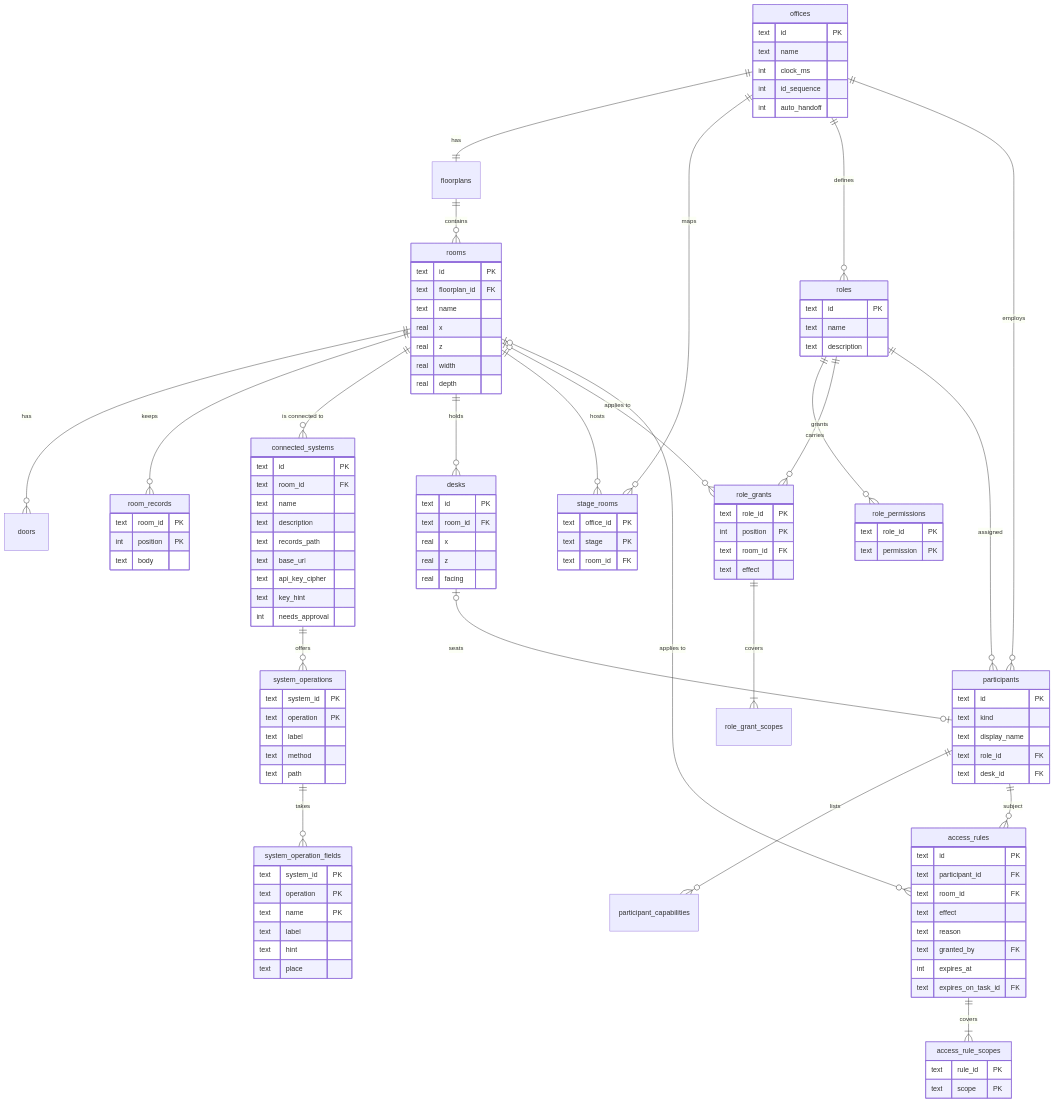
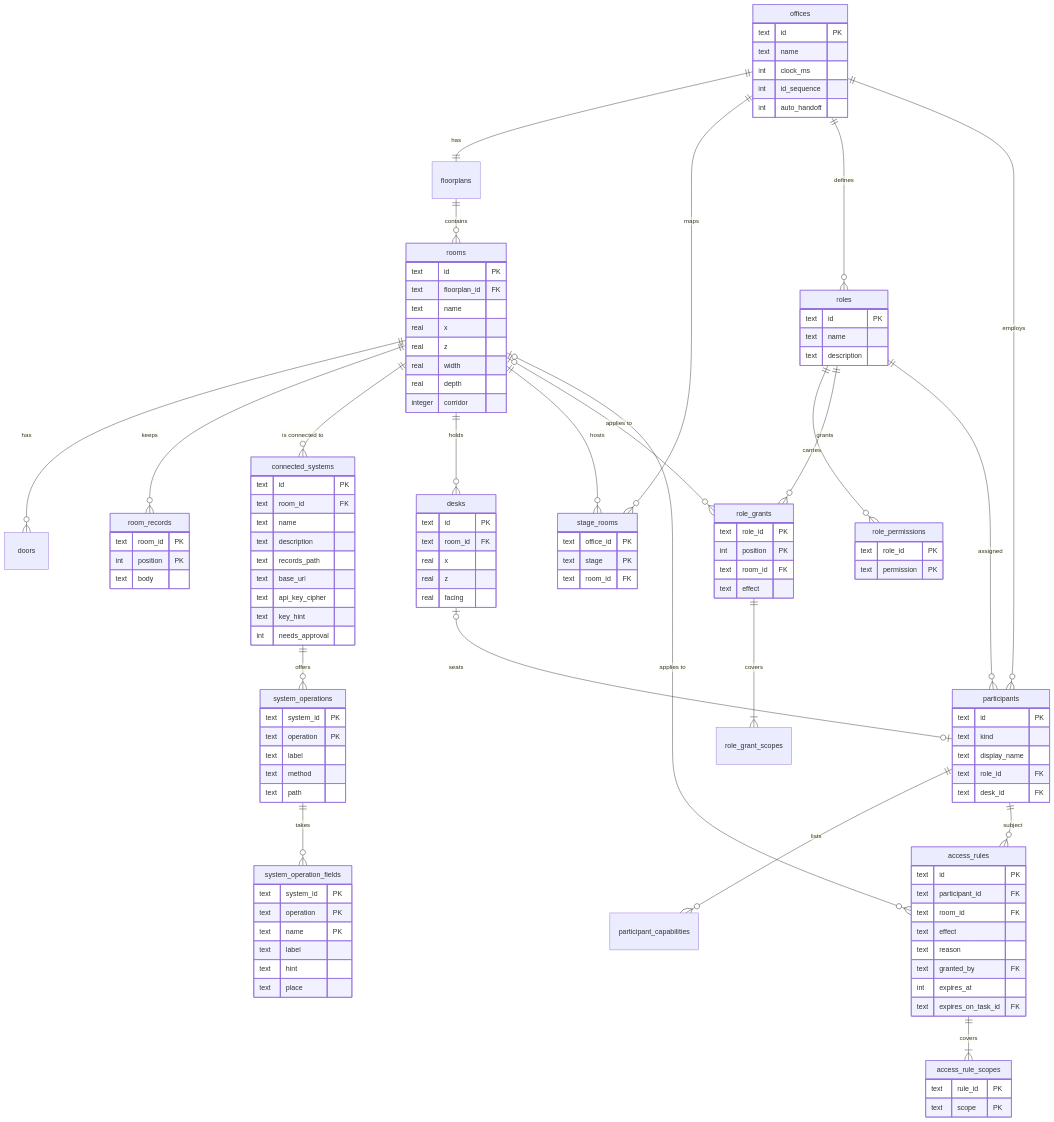
Diagram 11 of 15 in README.md (seyitgkc/ai-virtual-office), drawn with Mermaid before and after one commit. The commit also changed other lines of this file and 11 other files, not shown here.

```diff
--- a/README.md
+++ b/README.md
@@ -1083,6 +1083,7 @@
     real z
     real width
     real depth
+    integer corridor
   }
   desks {
     text id PK
```
